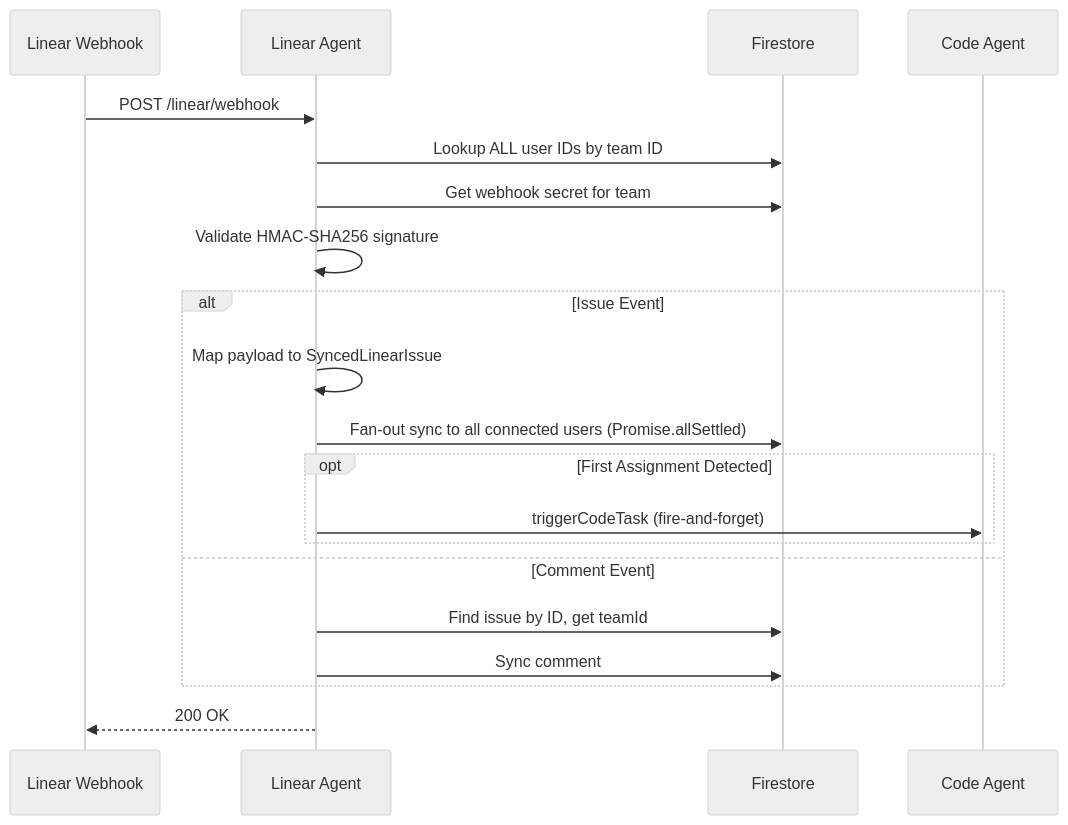
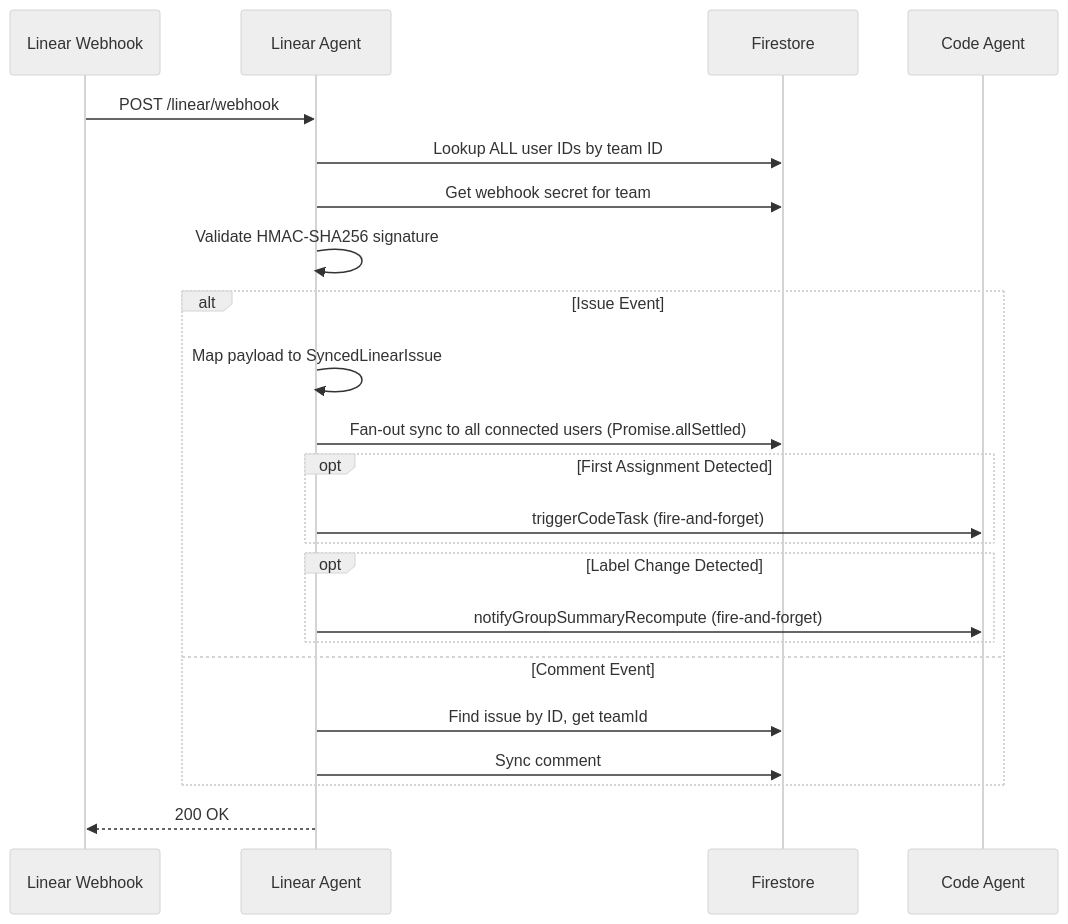
Before and after one commit to pbuchman/intexuraos: the third of 5 diagrams in docs/services/linear-agent/technical.md, drawn with Mermaid (neutral theme). The commit also changed other lines of this file and 154 other files, not shown here.

````diff
--- a/docs/services/linear-agent/technical.md
+++ b/docs/services/linear-agent/technical.md
@@ -148,23 +161,26 @@
 ```mermaid
 sequenceDiagram
     participant Linear as Linear Webhook
     participant LA as Linear Agent
     participant FS as Firestore
     participant CA as Code Agent
 
     Linear->>LA: POST /linear/webhook
     LA->>FS: Lookup ALL user IDs by team ID
     LA->>FS: Get webhook secret for team
     LA->>LA: Validate HMAC-SHA256 signature
     alt Issue Event
         LA->>LA: Map payload to SyncedLinearIssue
         LA->>FS: Fan-out sync to all connected users (Promise.allSettled)
         opt First Assignment Detected
             LA->>CA: triggerCodeTask (fire-and-forget)
         end
+        opt Label Change Detected
+            LA->>CA: notifyGroupSummaryRecompute (fire-and-forget)
+        end
     else Comment Event
         LA->>FS: Find issue by ID, get teamId
         LA->>FS: Sync comment
     end
     LA-->>Linear: 200 OK
 ```
````
